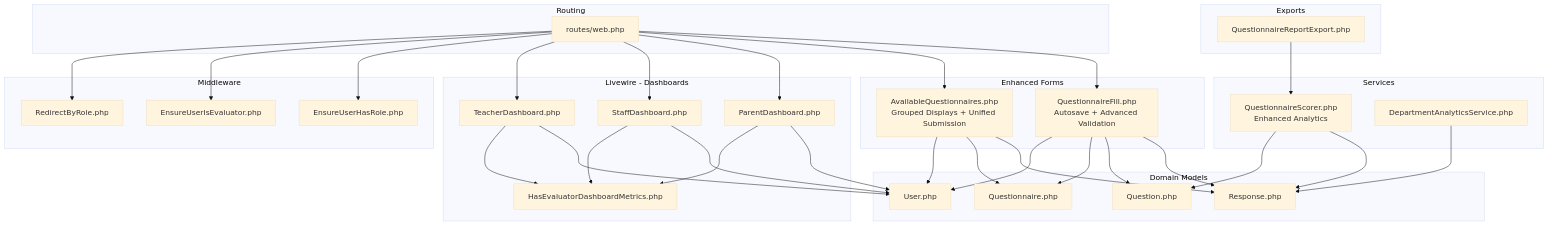
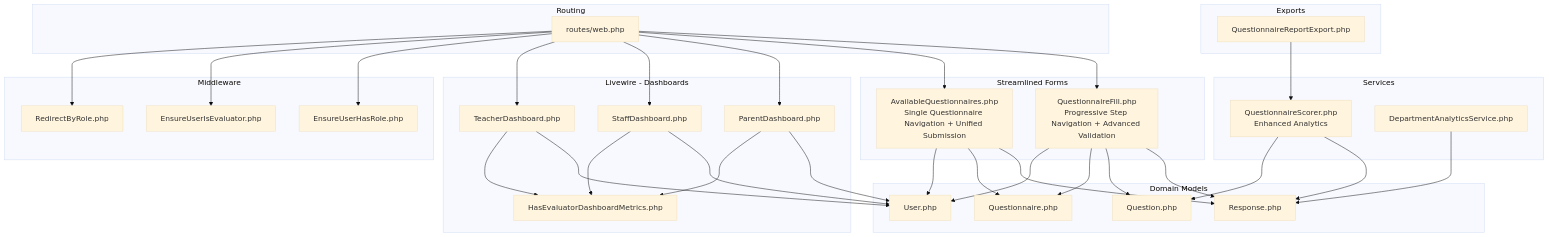
Before and after one commit to rudicatsmile/assesment360: the first of 7 diagrams in .qoder/repowiki/en/content/Core Features/Evaluation Workflows/Evaluation Workflows.md, drawn with Mermaid (base theme). The commit also changed other lines of this file and 15 other files, not shown here.

````diff
--- a/.qoder/repowiki/en/content/Core Features/Evaluation Workflows/Evaluation Workflows.md
+++ b/.qoder/repowiki/en/content/Core Features/Evaluation Workflows/Evaluation Workflows.md
@@ -55,59 +56,59 @@
 ```mermaid
 graph TB
 subgraph "Routing"
 RWEB["routes/web.php"]
 end
 subgraph "Middleware"
 M1["EnsureUserHasRole.php"]
 M2["EnsureUserIsEvaluator.php"]
 M3["RedirectByRole.php"]
 end
 subgraph "Livewire - Dashboards"
 D1["TeacherDashboard.php"]
 D2["StaffDashboard.php"]
 D3["ParentDashboard.php"]
 DC["HasEvaluatorDashboardMetrics.php"]
 end
-subgraph "Enhanced Forms"
-F1["AvailableQuestionnaires.php<br/>Grouped Displays + Unified Submission"]
-F2["QuestionnaireFill.php<br/>Autosave + Advanced Validation"]
+subgraph "Streamlined Forms"
+F1["AvailableQuestionnaires.php<br/>Single Questionnaire Navigation + Unified Submission"]
+F2["QuestionnaireFill.php<br/>Progressive Step Navigation + Advanced Validation"]
 end
 subgraph "Domain Models"
 U["User.php"]
 QZ["Questionnaire.php"]
 Q["Question.php"]
 RSP["Response.php"]
 end
 subgraph "Services"
 S1["QuestionnaireScorer.php<br/>Enhanced Analytics"]
 S2["DepartmentAnalyticsService.php"]
 end
 subgraph "Exports"
 E1["QuestionnaireReportExport.php"]
 end
 RWEB --> M3
 RWEB --> M2
 RWEB --> M1
 RWEB --> D1
 RWEB --> D2
 RWEB --> D3
 D1 --> DC
 D2 --> DC
 D3 --> DC
 RWEB --> F1
 RWEB --> F2
 D1 --> U
 D2 --> U
 D3 --> U
 F1 --> U
 F2 --> U
 F2 --> QZ
 F2 --> Q
 F2 --> RSP
 F1 --> QZ
 F1 --> RSP
 S1 --> Q
 S1 --> RSP
 S2 --> RSP
 E1 --> S1
 ```
````
